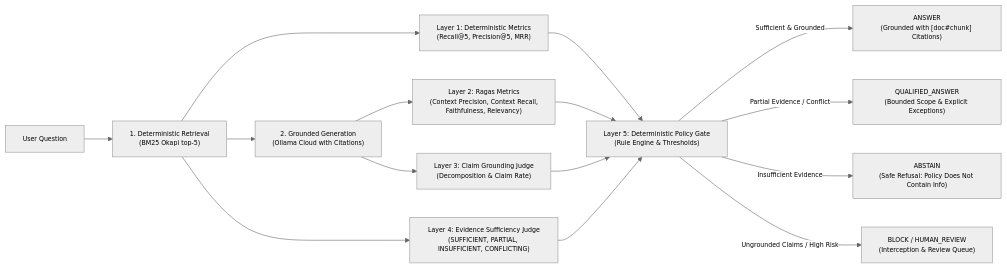
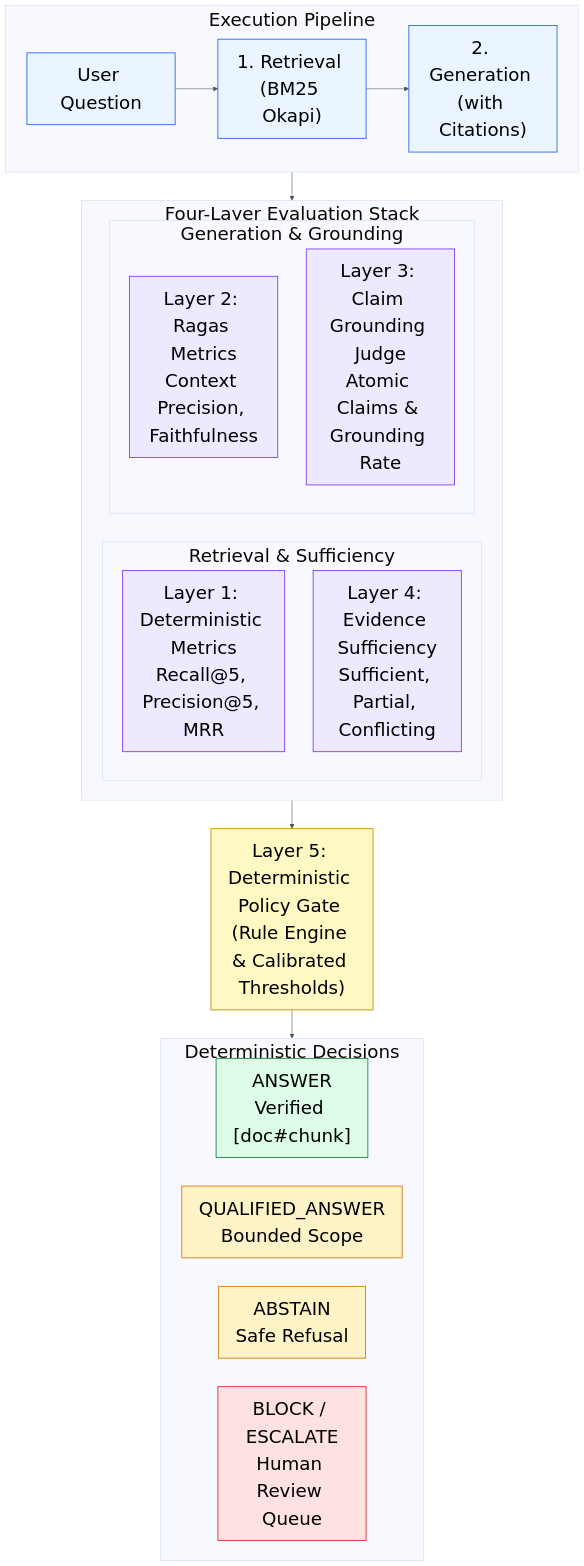
One commit to the-write-path-code/ch04-debugging-hallucinations-math changed the diagram in workflow/01_evaluation_layers.mmd. Above: the diagram before and after it, drawn with Mermaid. The commit also changed 4 other files, not shown here.

Commit message:
docs(workflow): optimize Chapter 4 diagrams for Wiley-IEEE typography & column geometry

```diff
--- a/workflow/01_evaluation_layers.mmd
+++ b/workflow/01_evaluation_layers.mmd
@@ -1,20 +1,48 @@
-%%{init: {"theme": "neutral", "themeVariables": {"fontFamily": "Arial, Helvetica, sans-serif", "fontSize": "11px", "actorFontSize": "11px", "noteFontSize": "10px", "messageFontSize": "10px"}}}%%
+%%{init: {"theme": "base", "themeVariables": {"fontFamily": "Arial, Helvetica, sans-serif", "fontSize": "32px", "primaryTextColor": "#000000", "lineColor": "#4B5563"}}}%%
+flowchart TD
+    subgraph Pipe ["Execution Pipeline"]
+        direction LR
+        Q["User Question"] --> RET["1. Retrieval (BM25 Okapi)"] --> GEN["2. Generation (with Citations)"]
+    end
 
-flowchart LR
-    Q["User Question"] --> RET["1. Deterministic Retrieval\n(BM25 Okapi top-5)"]
-    RET --> GEN["2. Grounded Generation\n(Ollama Cloud with Citations)"]
-    RET --> RM["Layer 1: Deterministic Metrics\n(Recall@5, Precision@5, MRR)"]
-    
-    GEN --> RAGAS["Layer 2: Ragas Metrics\n(Context Precision, Context Recall,\nFaithfulness, Relevancy)"]
-    GEN --> CLAIM["Layer 3: Claim Grounding Judge\n(Decomposition & Claim Rate)"]
-    RET --> SUFF["Layer 4: Evidence Sufficiency Judge\n(SUFFICIENT, PARTIAL, INSUFFICIENT, CONFLICTING)"]
-    
-    RM --> GATE["Layer 5: Deterministic Policy Gate\n(Rule Engine & Thresholds)"]
-    RAGAS --> GATE
-    CLAIM --> GATE
-    SUFF --> GATE
-    
-    GATE -->|Sufficient & Grounded| ANS["ANSWER\n(Grounded with [doc#chunk] Citations)"]
-    GATE -->|Partial Evidence / Conflict| QUAL["QUALIFIED_ANSWER\n(Bounded Scope & Explicit Exceptions)"]
-    GATE -->|Insufficient Evidence| ABST["ABSTAIN\n(Safe Refusal: Policy Does Not Contain Info)"]
-    GATE -->|Ungrounded Claims / High Risk| BLOCK["BLOCK / HUMAN_REVIEW\n(Interception & Review Queue)"]
+    subgraph Eval ["Four-Layer Evaluation Stack"]
+        direction LR
+        subgraph ColA ["Retrieval & Sufficiency"]
+            direction TB
+            L1["Layer 1: Deterministic Metrics<br/>Recall@5, Precision@5, MRR"]
+            L4["Layer 4: Evidence Sufficiency<br/>Sufficient, Partial, Conflicting"]
+        end
+        subgraph ColB ["Generation & Grounding"]
+            direction TB
+            L2["Layer 2: Ragas Metrics<br/>Context Precision, Faithfulness"]
+            L3["Layer 3: Claim Grounding Judge<br/>Atomic Claims & Grounding Rate"]
+        end
+    end
+
+    GATE["Layer 5: Deterministic Policy Gate (Rule Engine & Calibrated Thresholds)"]
+
+    subgraph Dec ["Deterministic Decisions"]
+        direction LR
+        ANS["ANSWER<br/>Verified [doc#chunk]"]
+        QUAL["QUALIFIED_ANSWER<br/>Bounded Scope"]
+        ABST["ABSTAIN<br/>Safe Refusal"]
+        BLOCK["BLOCK / ESCALATE<br/>Human Review Queue"]
+    end
+
+    Pipe --> Eval
+    Eval --> GATE
+    GATE --> Dec
+
+    classDef pipe fill:#EBF5FF,stroke:#2563EB,color:#000000,stroke-width:1.5px
+    classDef layer fill:#EDE9FE,stroke:#7C3AED,color:#000000,stroke-width:1.5px
+    classDef gate fill:#FEF9C3,stroke:#CA8A04,color:#000000,stroke-width:1.5px
+    classDef ans fill:#DCFCE7,stroke:#15803D,color:#000000,stroke-width:1.5px
+    classDef warn fill:#FEF3C7,stroke:#D97706,color:#000000,stroke-width:1.5px
+    classDef block fill:#FEE2E2,stroke:#DC2626,color:#000000,stroke-width:1.5px
+
+    class Q,RET,GEN pipe
+    class L1,L4,L2,L3 layer
+    class GATE gate
+    class ANS ans
+    class QUAL,ABST warn
+    class BLOCK block
```
